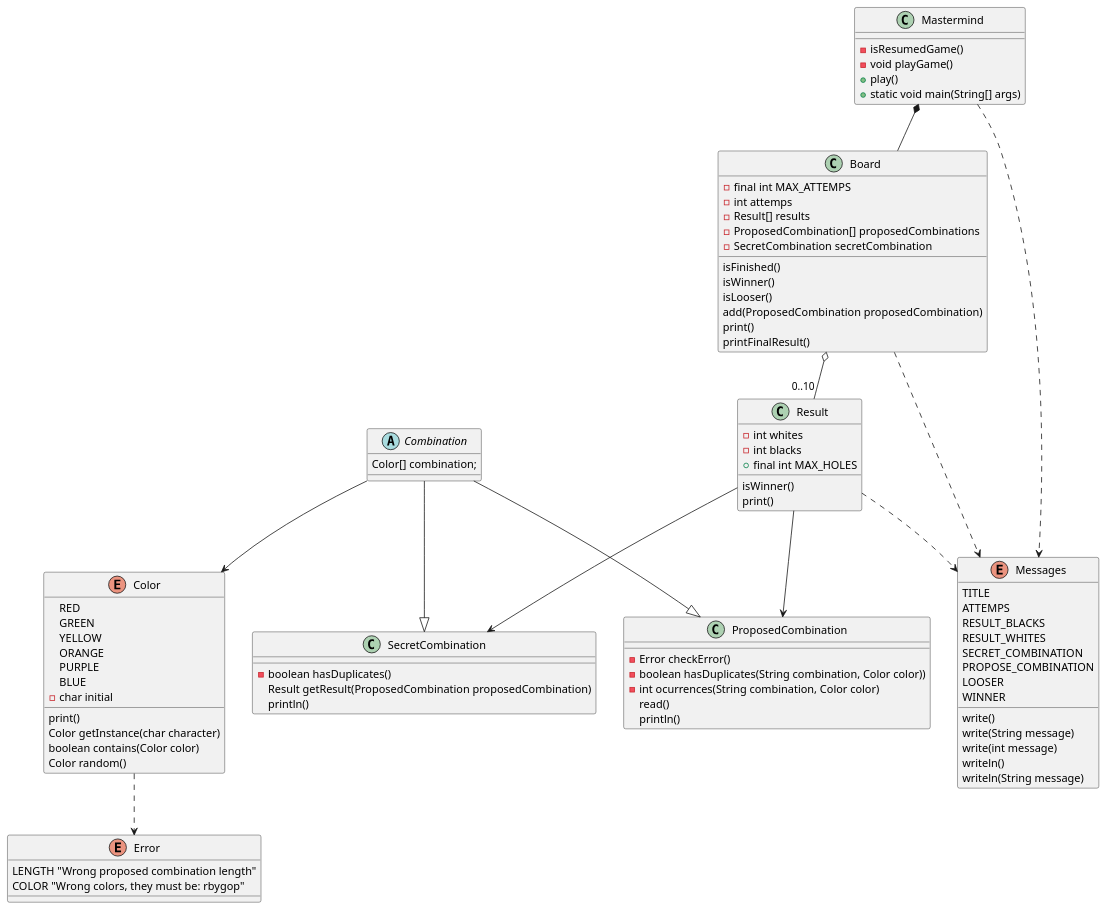
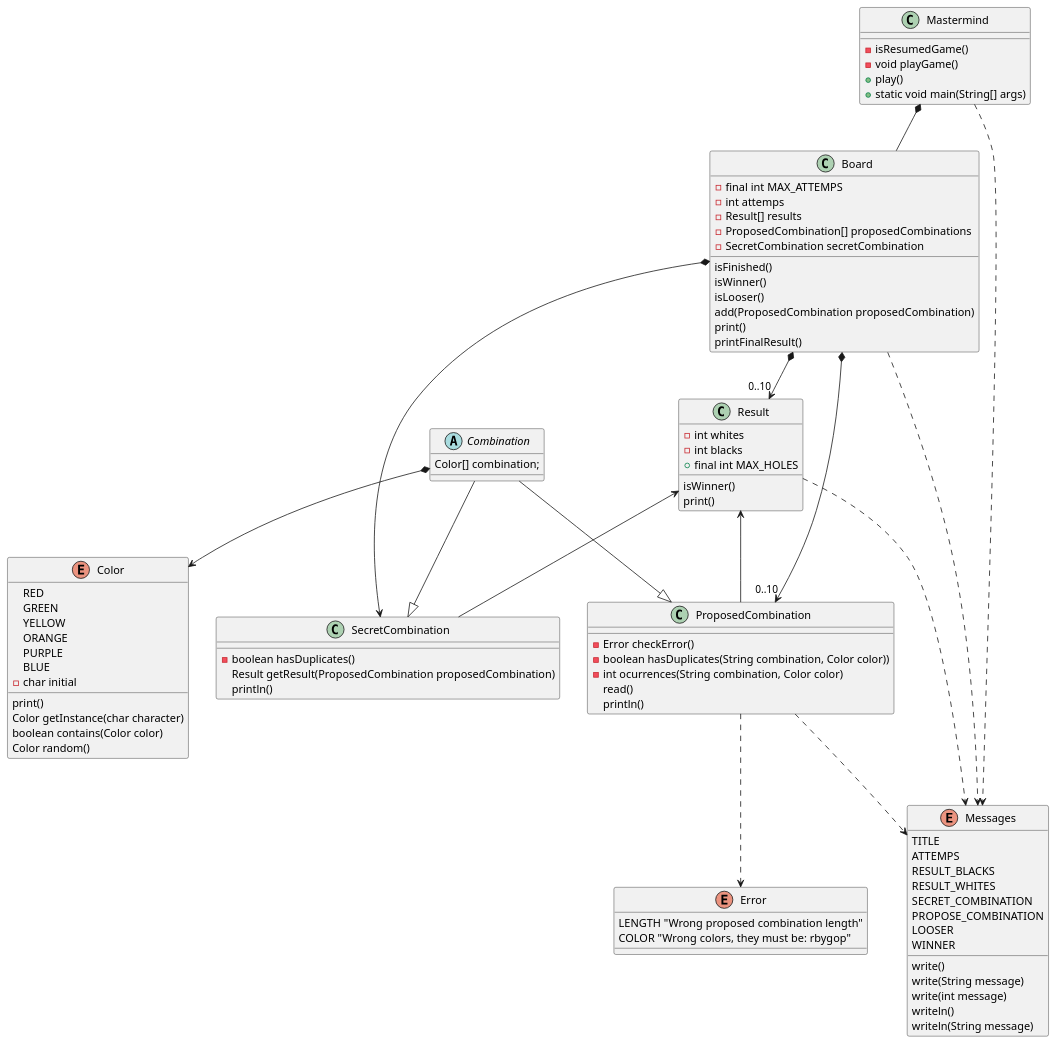
Before and after one commit to ivanzm/java-mastermind: the diagram in docs/clases.puml, drawn with PlantUML.

Commit message:
Update classModel

```diff
--- a/docs/clases.puml
+++ b/docs/clases.puml
@@ -1,95 +1,96 @@
 @startuml
 
 class Mastermind {
-- isResumedGame()
-- void playGame()
-+ play()
-+ static void main(String[] args)
+    - isResumedGame()
+    - void playGame()
+    + play()
+    + static void main(String[] args)
 }
 
 class Board {
-- final int MAX_ATTEMPS
-- int attemps
-- Result[] results
-- ProposedCombination[] proposedCombinations
-- SecretCombination secretCombination
-isFinished()
-isWinner()
-isLooser()
-add(ProposedCombination proposedCombination)
-print()
-printFinalResult()
+    - final int MAX_ATTEMPS
+    - int attemps
+    - Result[] results
+    - ProposedCombination[] proposedCombinations
+    - SecretCombination secretCombination
+    isFinished()
+    isWinner()
+    isLooser()
+    add(ProposedCombination proposedCombination)
+    print()
+    printFinalResult()
 }
 
 abstract class Combination {
-Color[] combination;
+    Color[] combination;
 }
 
 class SecretCombination {
-- boolean hasDuplicates()
-Result getResult(ProposedCombination proposedCombination)
-println()
+    - boolean hasDuplicates()
+    Result getResult(ProposedCombination proposedCombination)
+    println()
 }
 
 class ProposedCombination {
-- Error checkError()
-- boolean hasDuplicates(String combination, Color color))
-- int ocurrences(String combination, Color color)
-read()
-println()
+    - Error checkError()
+    - boolean hasDuplicates(String combination, Color color))
+    - int ocurrences(String combination, Color color)
+    read()
+    println()
 }
-
 class Result {
-- int whites
-- int blacks
-+ final int MAX_HOLES
-isWinner()
-print()
+    - int whites
+    - int blacks
+    + final int MAX_HOLES
+    isWinner()
+    print()
 }
-
 enum Messages{
-TITLE
-ATTEMPS
-RESULT_BLACKS
-RESULT_WHITES
-SECRET_COMBINATION
-PROPOSE_COMBINATION
-LOOSER
-WINNER
-write()
-write(String message)
-write(int message)
-writeln()
-writeln(String message)
+    TITLE
+    ATTEMPS
+    RESULT_BLACKS
+    RESULT_WHITES
+    SECRET_COMBINATION
+    PROPOSE_COMBINATION
+    LOOSER
+    WINNER
+    write()
+    write(String message)
+    write(int message)
+    writeln()
+    writeln(String message)
 }
 enum Color {
-RED
-GREEN
-YELLOW
-ORANGE
-PURPLE
-BLUE
-- char initial
-print()
-Color getInstance(char character)
-boolean contains(Color color)
-Color random()
+    RED
+    GREEN
+    YELLOW
+    ORANGE
+    PURPLE
+    BLUE
+    - char initial
+    print()
+    Color getInstance(char character)
+    boolean contains(Color color)
+    Color random()
 }
 enum Error {
-LENGTH "Wrong proposed combination length"
-COLOR "Wrong colors, they must be: rbygop"
+    LENGTH "Wrong proposed combination length"
+    COLOR "Wrong colors, they must be: rbygop"
 }
 
 Mastermind *-- Board
-Board o-- "0..10" Result
+Board *--> "0..10" Result
+Board *--> "0..10" ProposedCombination
+Board *--> SecretCombination
 Combination --|> SecretCombination
 Combination --|> ProposedCombination
-Result --> SecretCombination
-Result --> ProposedCombination
-Combination --> Color
+Result <-- SecretCombination
+Result <-- ProposedCombination
+ProposedCombination ..> Error
+Combination *--> Color
 Mastermind ..> Messages
 Board ..> Messages
 Result ..> Messages
-Color ..> Error
+ProposedCombination ..> Messages
 
 @enduml
```
